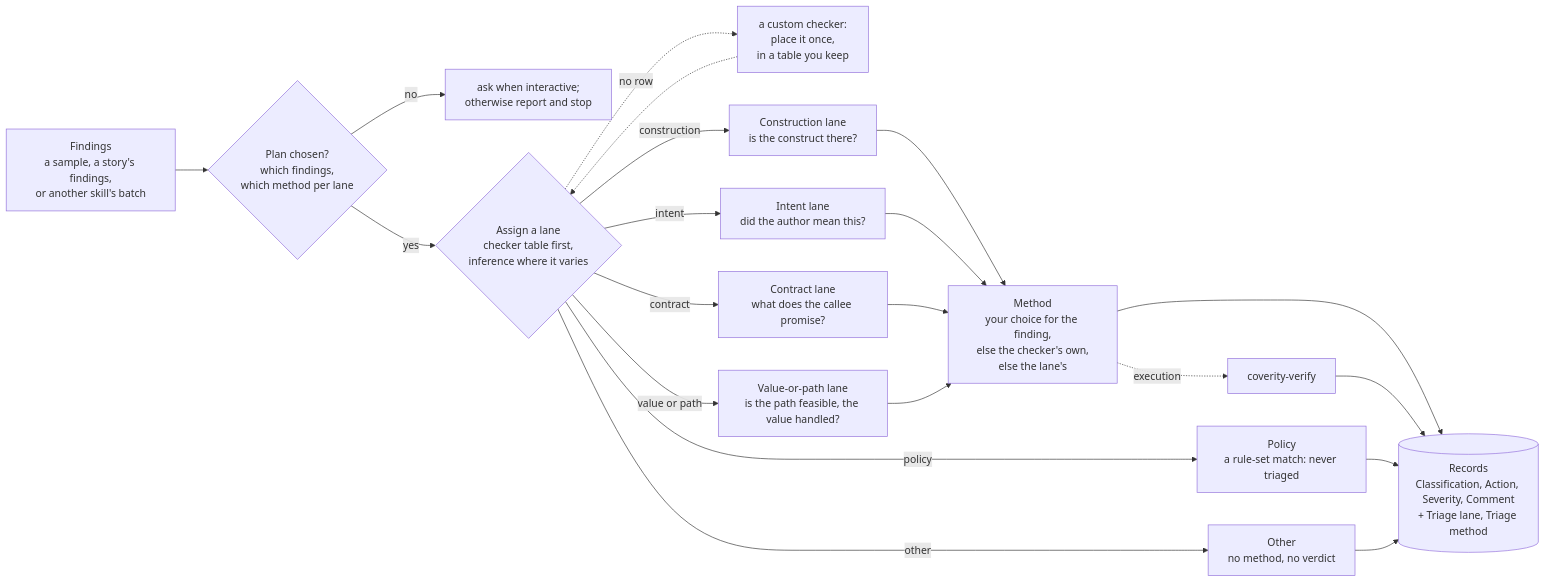
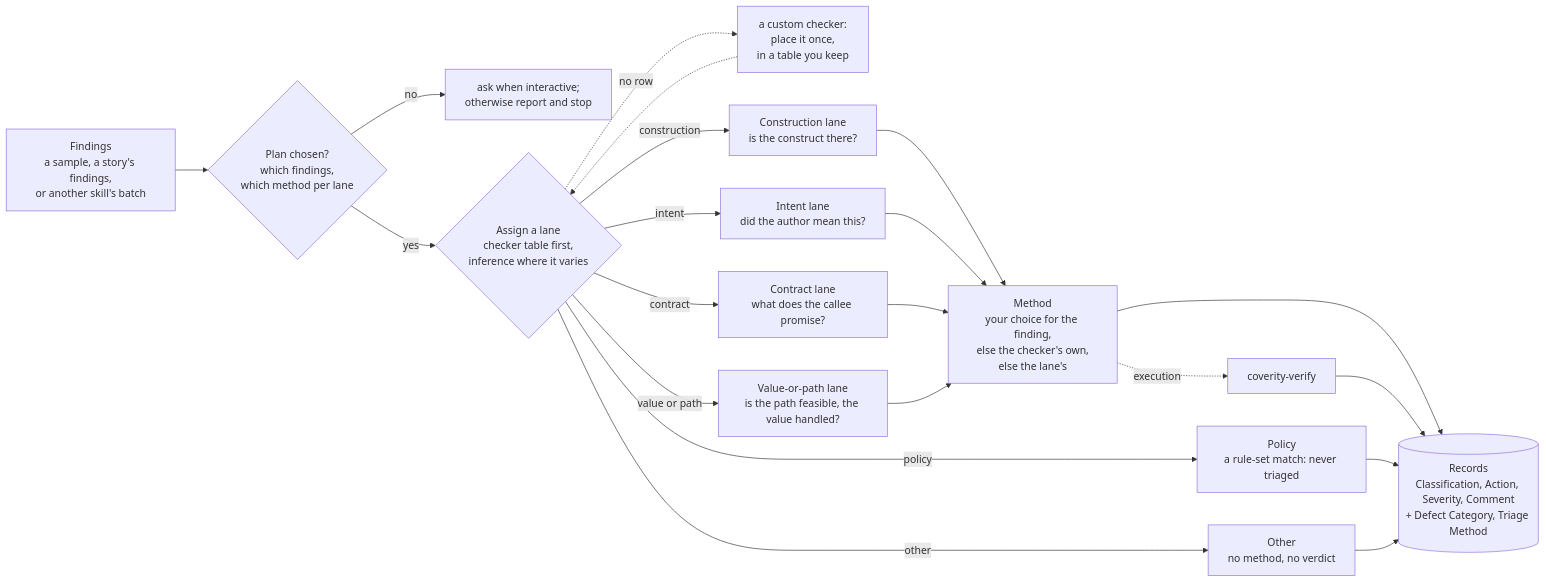
The third of 7 diagrams in USE-CASES.md (edtice-goog/CoveritySkills), drawn with Mermaid before and after one commit. The commit also changed other lines of this file, not shown here.

Commit message:
USE-CASES: the lane attribute is Defect Category, the method Triage Method

````diff
--- a/USE-CASES.md
+++ b/USE-CASES.md
@@ -79,18 +79,18 @@
 ```mermaid
 flowchart LR
     IN["Findings<br/>a sample, a story's findings,<br/>or another skill's batch"] --> P{"Plan chosen?<br/>which findings,<br/>which method per lane"}
     P -->|"no"| Q["ask when interactive;<br/>otherwise report and stop"]
     P -->|"yes"| A{"Assign a lane<br/>checker table first,<br/>inference where it varies"}
     A -.->|"no row"| PC["a custom checker:<br/>place it once,<br/>in a table you keep"]
     PC -.-> A
     A -->|"construction"| L1["Construction lane<br/>is the construct there?"]
     A -->|"intent"| LI["Intent lane<br/>did the author mean this?"]
     A -->|"contract"| L2["Contract lane<br/>what does the callee promise?"]
     A -->|"value or path"| L3["Value-or-path lane<br/>is the path feasible, the value handled?"]
     A -->|"policy"| PO["Policy<br/>a rule-set match: never triaged"]
     A -->|"other"| O["Other<br/>no method, no verdict"]
     L1 & LI & L2 & L3 --> M["Method<br/>your choice for the finding,<br/>else the checker's own,<br/>else the lane's"]
     M -.->|"execution"| VE["coverity-verify"]
-    M & VE --> R[("Records<br/>Classification, Action, Severity, Comment<br/>+ Triage lane, Triage method")]
+    M & VE --> R[("Records<br/>Classification, Action, Severity, Comment<br/>+ Defect Category, Triage Method")]
     PO & O --> R
 ```
````
